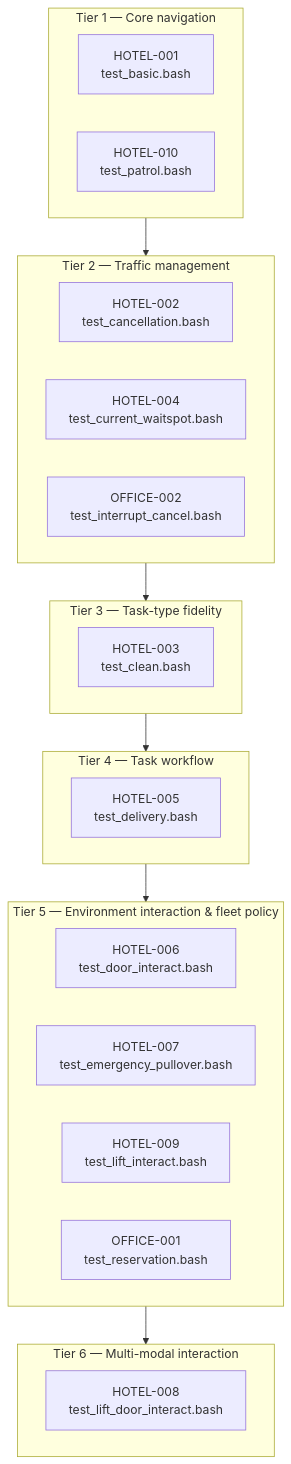
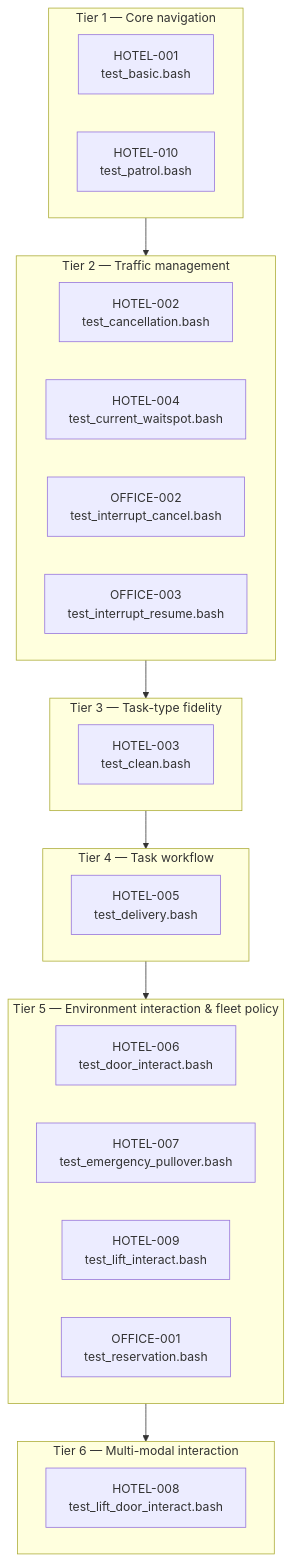
The diagram in README.md (cardboardcode/rmf_e2e_tests), drawn with Mermaid before and after one commit. The commit also changed other lines of this file and 2 other files, not shown here.

Commit message:
:heavy_plus_sign: Added OFFICE-003 test case with docs update for interrupt and resume workflow.

````diff
--- a/README.md
+++ b/README.md
@@ -28,34 +29,35 @@
 ```mermaid
 flowchart TD
     subgraph T1["Tier 1 — Core navigation"]
         H1["HOTEL-001<br/>test_basic.bash"]
         H10["HOTEL-010<br/>test_patrol.bash"]
     end
 
     subgraph T2["Tier 2 — Traffic management"]
         H2["HOTEL-002<br/>test_cancellation.bash"]
         H4["HOTEL-004<br/>test_current_waitspot.bash"]
         O2["OFFICE-002<br/>test_interrupt_cancel.bash"]
+        O3["OFFICE-003<br/>test_interrupt_resume.bash"]
     end
 
     subgraph T3["Tier 3 — Task-type fidelity"]
         H3["HOTEL-003<br/>test_clean.bash"]
     end
 
     subgraph T4["Tier 4 — Task workflow"]
         H5["HOTEL-005<br/>test_delivery.bash"]
     end
 
     subgraph T5["Tier 5 — Environment interaction & fleet policy"]
         H6["HOTEL-006<br/>test_door_interact.bash"]
         H7["HOTEL-007<br/>test_emergency_pullover.bash"]
         H9["HOTEL-009<br/>test_lift_interact.bash"]
         O1["OFFICE-001<br/>test_reservation.bash"]
     end
 
     subgraph T6["Tier 6 — Multi-modal interaction"]
         H8["HOTEL-008<br/>test_lift_door_interact.bash"]
     end
 
     T1 --> T2 --> T3 --> T4 --> T5 --> T6
 ```
````
